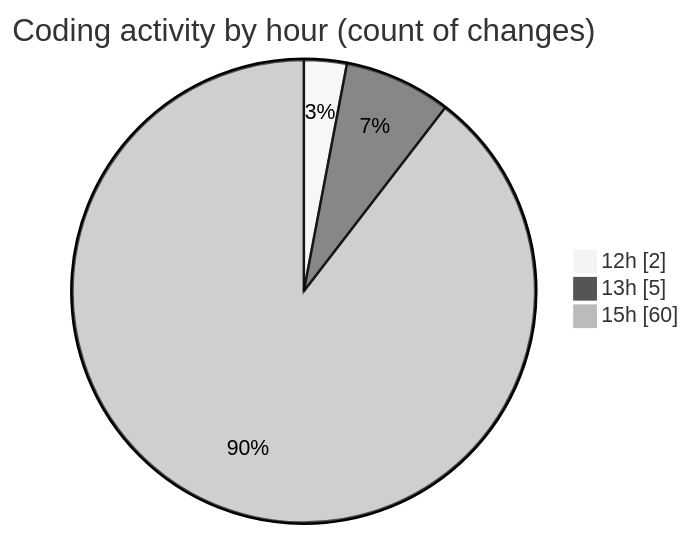
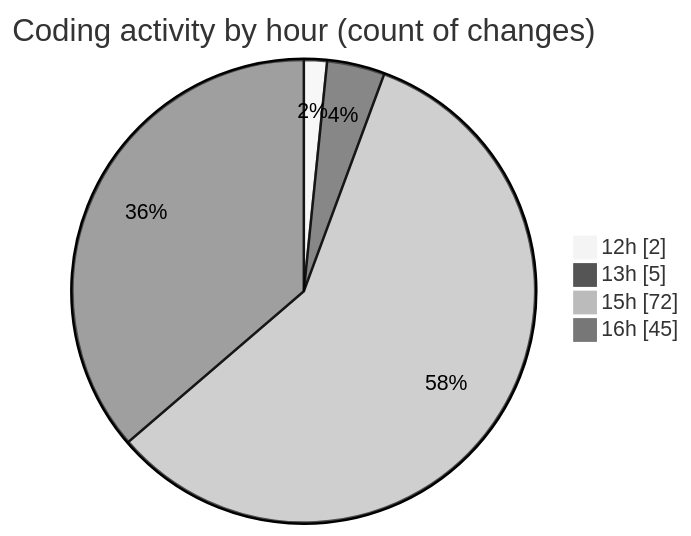
Before and after one commit to EIIisD/code-tracking: the second of 2 diagrams in 2025-07-12/fish/README.md, drawn with Mermaid (neutral theme). The commit also changed other lines of this file and 1 other file, not shown here.

````diff
--- a/2025-07-12/fish/README.md
+++ b/2025-07-12/fish/README.md
@@ -56,7 +78,8 @@
 ```mermaid
 pie showData
 title Coding activity by hour (count of changes)
 "12h" : 2
 "13h" : 5
-"15h" : 60
+"15h" : 72
+"16h" : 45
 ```
````
